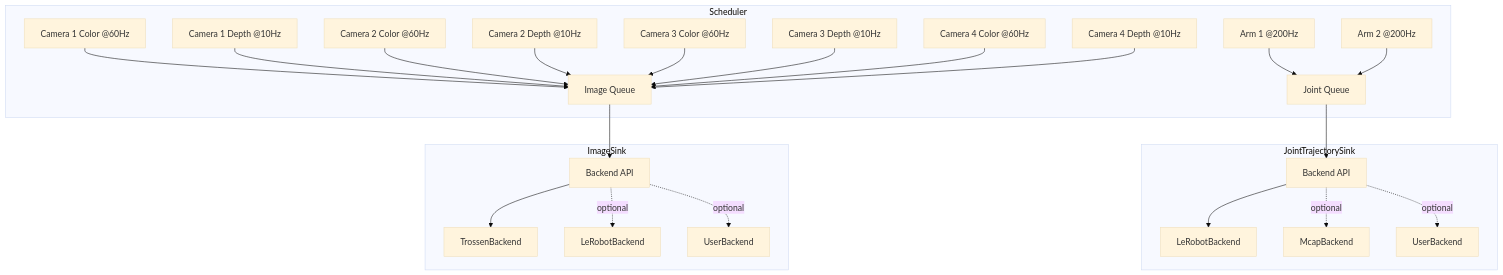
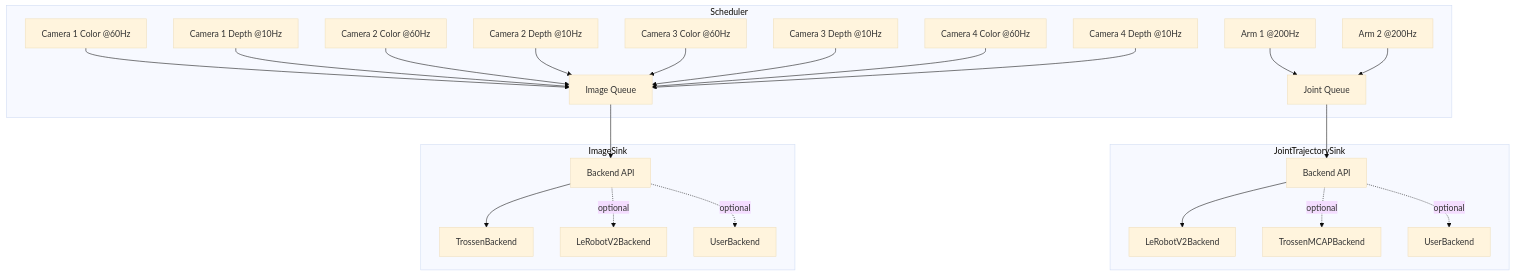
One commit to TrossenRobotics/trossen_sdk changed the diagram in docs/DESIGN_V2.md. Above: the diagram before and after it, drawn with Mermaid (base theme). The commit also changed other lines of this file and 51 other files, not shown here.

First line of the commit message:
Rename MCAP and LeRobot backends to TrossenMCAP and LeRobotV2 (#177)

````diff
--- a/docs/DESIGN_V2.md
+++ b/docs/DESIGN_V2.md
@@ -65,29 +65,29 @@
 ```mermaid
 flowchart TD
     subgraph Scheduler
         A1["Arm 1 @200Hz"] --> Qj
         A2["Arm 2 @200Hz"] --> Qj
         C1["Camera 1 Color @60Hz"] --> Qi
         C2["Camera 1 Depth @10Hz"] --> Qi
         C3["Camera 2 Color @60Hz"] --> Qi
         C4["Camera 2 Depth @10Hz"] --> Qi
         C5["Camera 3 Color @60Hz"] --> Qi
         C6["Camera 3 Depth @10Hz"] --> Qi
         C7["Camera 4 Color @60Hz"] --> Qi
         C8["Camera 4 Depth @10Hz"] --> Qi
     end
 
     subgraph JointTrajectorySink
         Qj["Joint Queue"] --> JB["Backend API"]
-        JB --> J1["LeRobotBackend"]
-        JB -. optional .-> J2["McapBackend"]
+        JB --> J1["LeRobotV2Backend"]
+        JB -. optional .-> J2["TrossenMCAPBackend"]
         JB -. optional .-> J3["UserBackend"]
     end
 
     subgraph ImageSink
         Qi["Image Queue"] --> IB["Backend API"]
         IB --> I1["TrossenBackend"]
-        IB -. optional .-> I2["LeRobotBackend"]
+        IB -. optional .-> I2["LeRobotV2Backend"]
         IB -. optional .-> I3["UserBackend"]
     end
 ```
````
